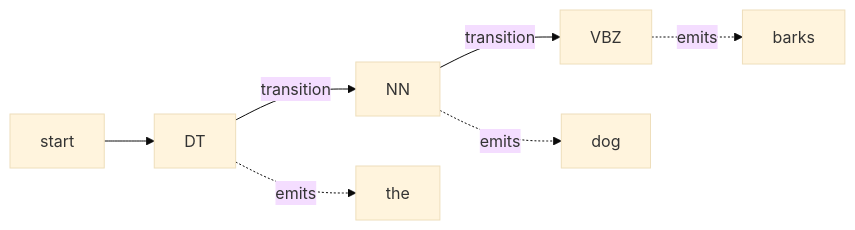
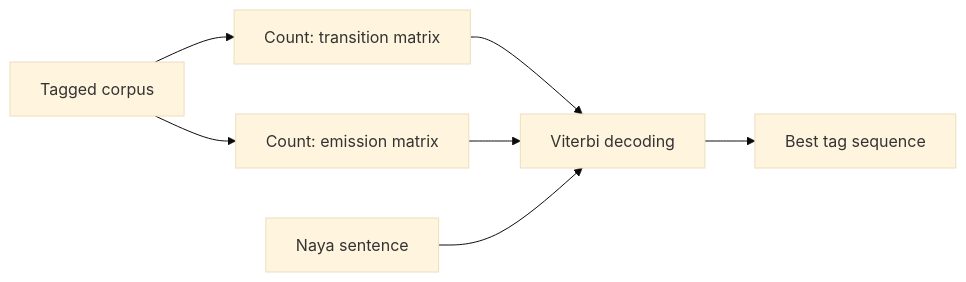
One commit to TrendySloth1001/sem-seven-notes changed the diagram in content/natural-language-processing/pyq/2025-05/q4a.hi.mdx. Above: the diagram before and after it, drawn with Mermaid (base theme). The commit also changed other lines of this file and 406 other files, not shown here.

````diff
--- a/content/natural-language-processing/pyq/2025-05/q4a.hi.mdx
+++ b/content/natural-language-processing/pyq/2025-05/q4a.hi.mdx
@@ -26,10 +29,10 @@
 ```mermaid
-%% caption: Tags hidden states hain jo transition probabilities se jude hain. Har tag wo word emit karta hai jo hum dekhte hain, emission probability ke saath.
+%% caption: HMM tagging: counting se do tables seekho, phir Viterbi se decode karo.
 flowchart LR
-  S["start"] --> T1["DT"]
-  T1 -->|"transition"| T2["NN"]
-  T2 -->|"transition"| T3["VBZ"]
-  T1 -.->|"emits"| W1["the"]
-  T2 -.->|"emits"| W2["dog"]
-  T3 -.->|"emits"| W3["barks"]
+  A["Tagged corpus"] --> B["Count: transition matrix"]
+  A --> C["Count: emission matrix"]
+  B --> D["Viterbi decoding"]
+  C --> D
+  E["Naya sentence"] --> D
+  D --> F["Best tag sequence"]
 ```
````
